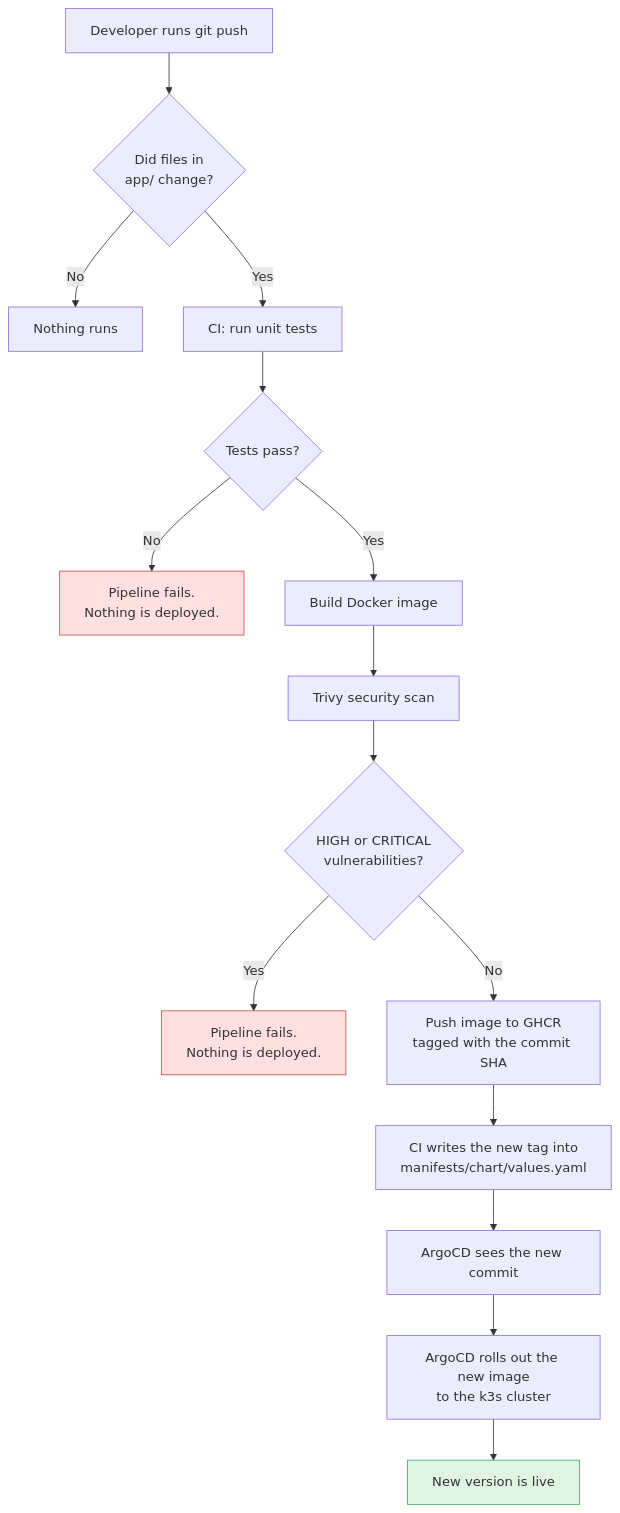
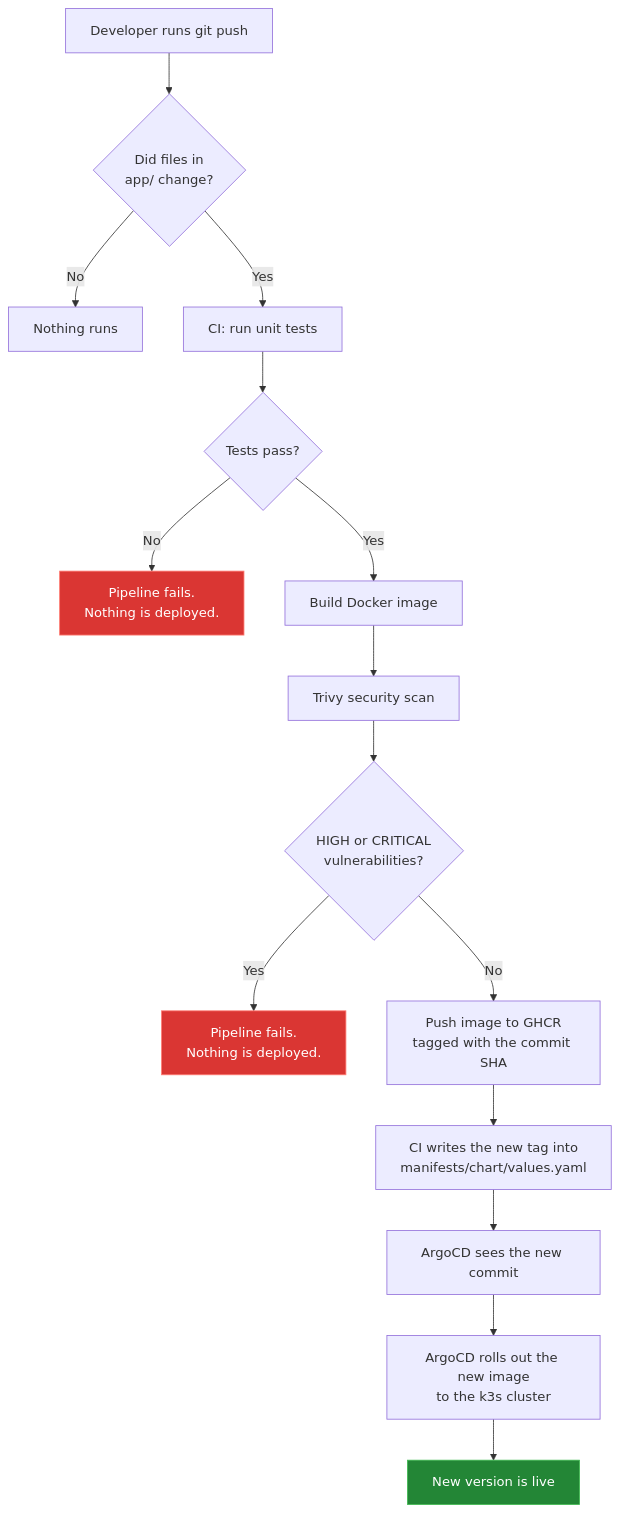
The second of 3 diagrams in README.md (Vishnu063/urlshort), drawn with Mermaid before and after one commit. The commit also changed other lines of this file, not shown here.

Commit message:
docs: readable chart colors for dark theme

````diff
--- a/README.md
+++ b/README.md
@@ -35,21 +35,21 @@
 ```mermaid
 flowchart TD
     P["Developer runs git push"] --> W{"Did files in<br/>app/ change?"}
     W -- No --> X["Nothing runs"]
     W -- Yes --> T["CI: run unit tests"]
     T --> TP{"Tests pass?"}
     TP -- No --> F1["Pipeline fails.<br/>Nothing is deployed."]
     TP -- Yes --> B["Build Docker image"]
     B --> S["Trivy security scan"]
     S --> SP{"HIGH or CRITICAL<br/>vulnerabilities?"}
     SP -- Yes --> F2["Pipeline fails.<br/>Nothing is deployed."]
     SP -- No --> PU["Push image to GHCR<br/>tagged with the commit SHA"]
     PU --> U["CI writes the new tag into<br/>manifests/chart/values.yaml"]
     U --> AR["ArgoCD sees the new commit"]
     AR --> RO["ArgoCD rolls out the new image<br/>to the k3s cluster"]
     RO --> L["New version is live"]
 
-    style F1 fill:#ffe0e0,stroke:#d04a4a
-    style F2 fill:#ffe0e0,stroke:#d04a4a
-    style L fill:#dff5e1,stroke:#4aa860
+    style F1 fill:#da3633,stroke:#ff7b72,color:#ffffff
+    style F2 fill:#da3633,stroke:#ff7b72,color:#ffffff
+    style L fill:#238636,stroke:#3fb950,color:#ffffff
 ```
````
